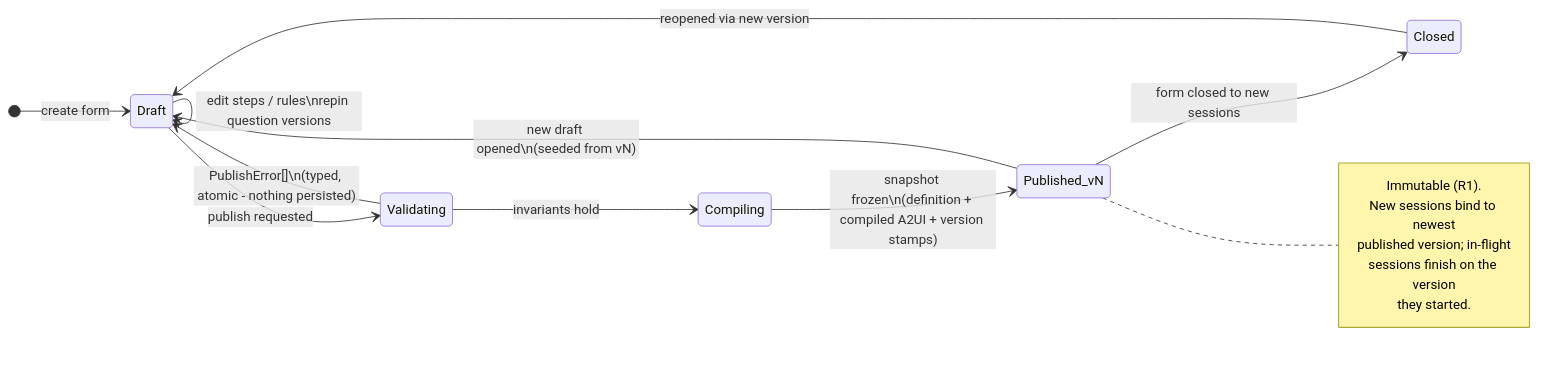
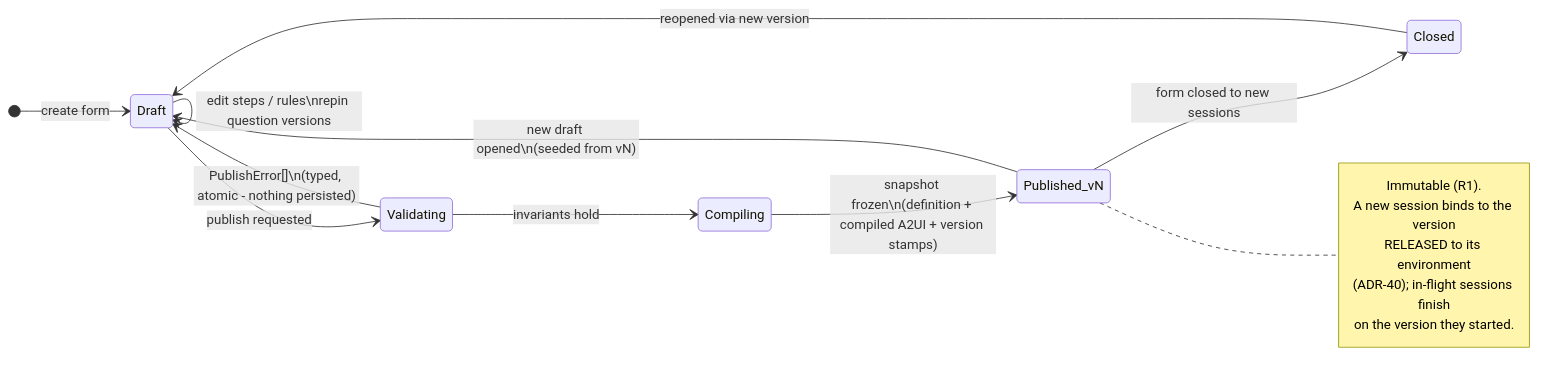
One commit to roonga/qcms changed the second of 6 diagrams in docs/DOMAIN_SCHEMA.md. Above: the diagram before and after it, drawn with Mermaid. The commit also changed other lines of this file and 44 other files, not shown here.

````diff
--- a/docs/DOMAIN_SCHEMA.md
+++ b/docs/DOMAIN_SCHEMA.md
@@ -311,20 +311,20 @@
 ```mermaid
 stateDiagram-v2
     direction LR
     [*] --> Draft : create form
     Draft --> Draft : edit steps / rules\nrepin question versions
     Draft --> Validating : publish requested
     Validating --> Draft : PublishError[]\n(typed, atomic - nothing persisted)
     Validating --> Compiling : invariants hold
     Compiling --> Published_vN : snapshot frozen\n(definition + compiled A2UI + version stamps)
     Published_vN --> Draft : new draft opened\n(seeded from vN)
     Published_vN --> Closed : form closed to new sessions
     Closed --> Draft : reopened via new version
     note right of Published_vN
         Immutable (R1).
-        New sessions bind to newest
-        published version; in-flight
-        sessions finish on the version
-        they started.
+        A new session binds to the version
+        RELEASED to its environment
+        (ADR-40); in-flight sessions finish
+        on the version they started.
     end note
 ```
````
